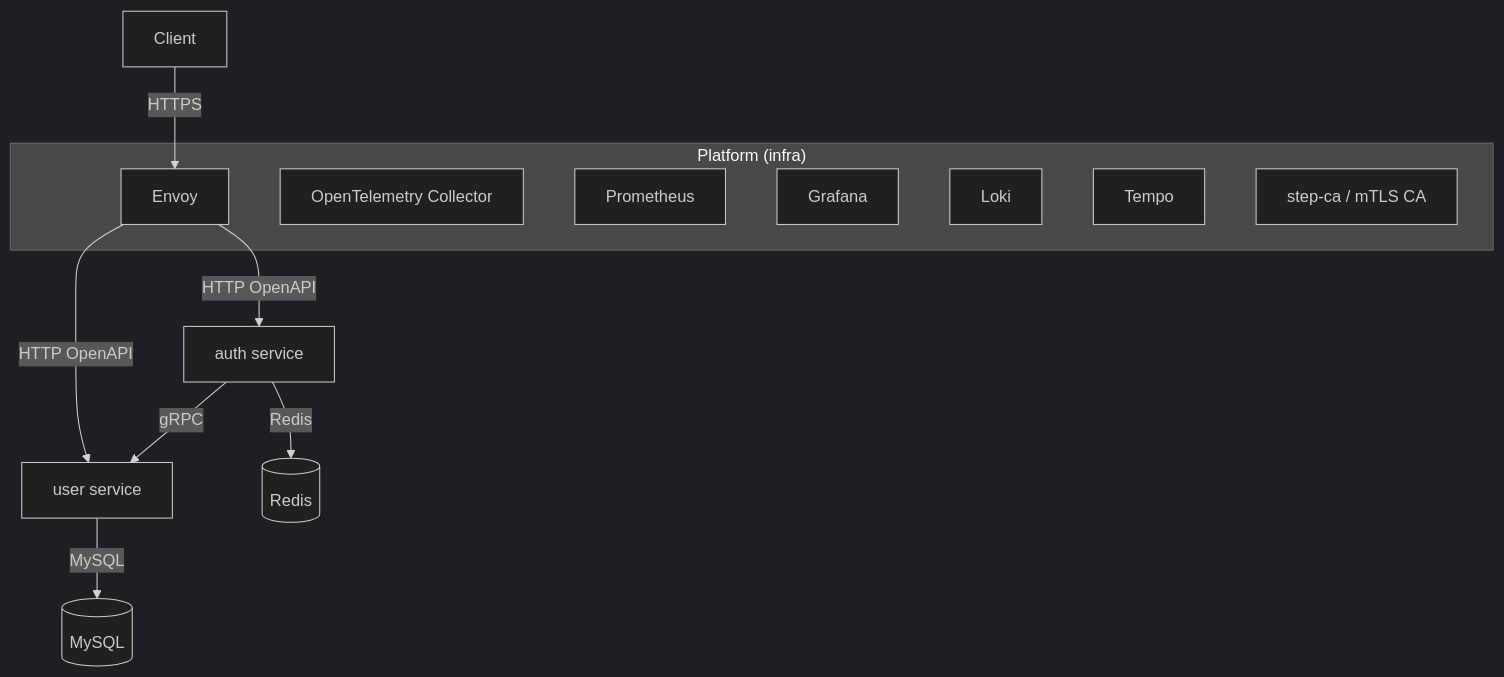
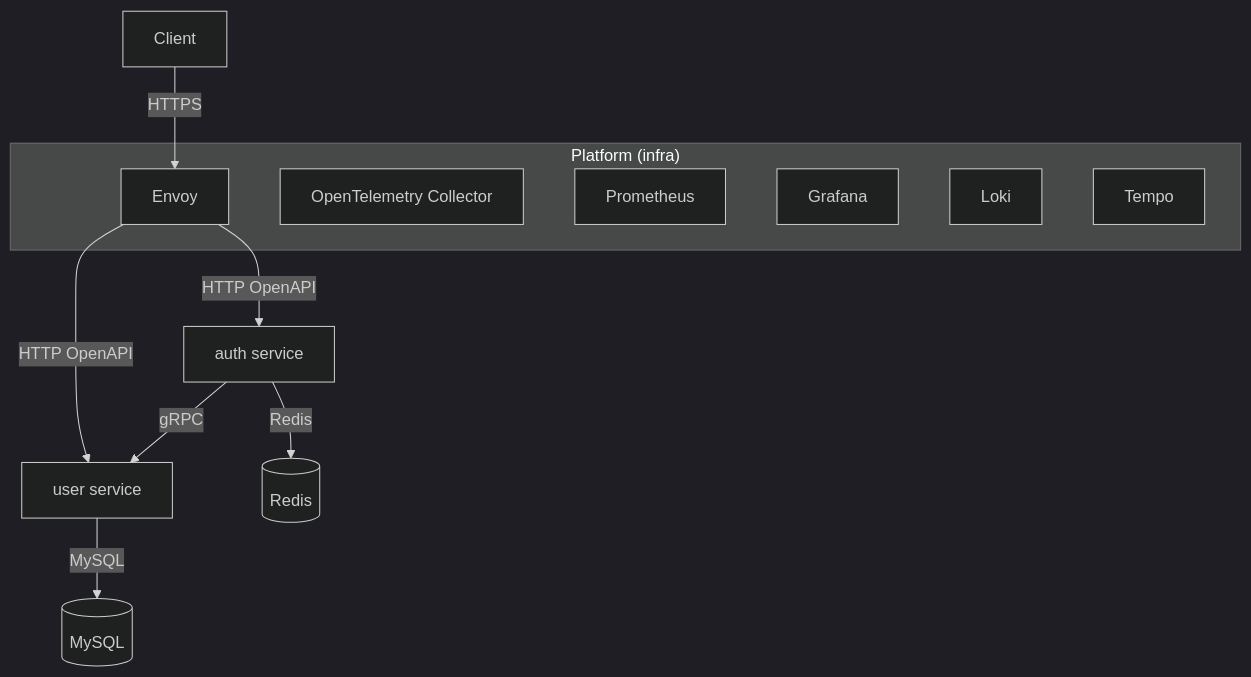
One commit to Incheat/go-production-backend changed the diagram in README.md. Above: the diagram before and after it, drawn with Mermaid (dark theme). The commit also changed other lines of this file and 17 other files, not shown here.

````diff
--- a/README.md
+++ b/README.md
@@ -27,22 +25,21 @@
 ```mermaid
 graph TD
   Client -->|HTTPS| Envoy
 
   Envoy -->|HTTP OpenAPI| AuthSvc["auth service"]
   Envoy -->|HTTP OpenAPI| UserSvc["user service"]
 
   AuthSvc -->|gRPC| UserSvc
 
   AuthSvc -->|Redis| Redis[(Redis)]
   UserSvc -->|MySQL| MySQL[(MySQL)]
 
   subgraph Platform["Platform (infra)"]
     Envoy
     OTel["OpenTelemetry Collector"]
     Prometheus
     Grafana
     Loki
     Tempo
-    CA["step-ca / mTLS CA"]
   end
 ```
````
